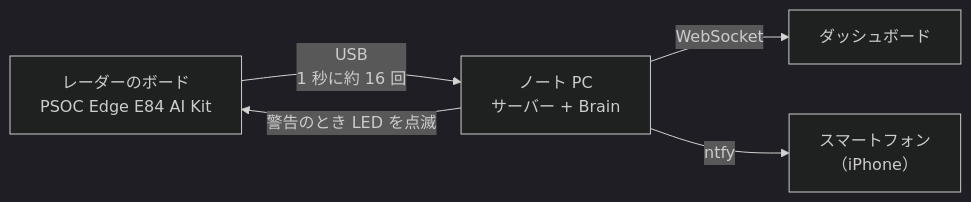
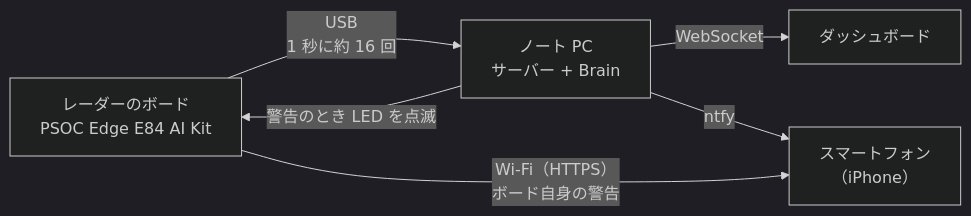
One commit to jphacks/hs_2605 changed the diagram in README.md. Above: the diagram before and after it, drawn with Mermaid (dark theme). The commit also changed other lines of this file and 1 other file, not shown here.

````diff
--- a/README.md
+++ b/README.md
@@ -153,7 +161,8 @@
 ```mermaid
 flowchart LR
   R["レーダーのボード<br>PSOC Edge E84 AI Kit"] -- "USB<br>1 秒に約 16 回" --> S["ノート PC<br>サーバー + Brain"]
   S -- "WebSocket" --> W["ダッシュボード"]
   S -- "ntfy" --> N["スマートフォン<br>（iPhone）"]
   S -- "警告のとき LED を点滅" --> R
+  R -- "Wi-Fi（HTTPS）<br>ボード自身の警告" --> N
 ```
````
